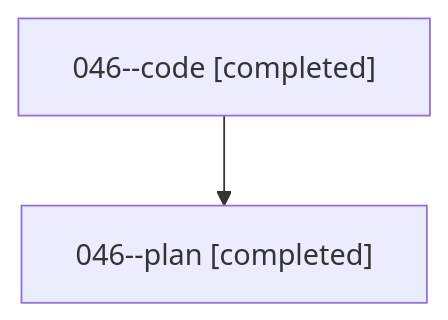
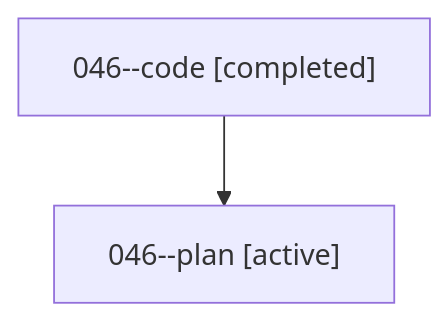
One commit to sase-org/sase--agents changed the diagram in families/bbugyi200.athena.046.md. Above: the diagram before and after it, drawn with Mermaid. The commit also changed other lines of this file and 35830 other files, not shown here.

````diff
--- a/families/bbugyi200.athena.046.md
+++ b/families/bbugyi200.athena.046.md
@@ -9,6 +9,6 @@
 ```mermaid
 flowchart TD
   n0["046--code [completed]"]
-  n1["046--plan [completed]"]
+  n1["046--plan [active]"]
   n0 --> n1
 ```
````
